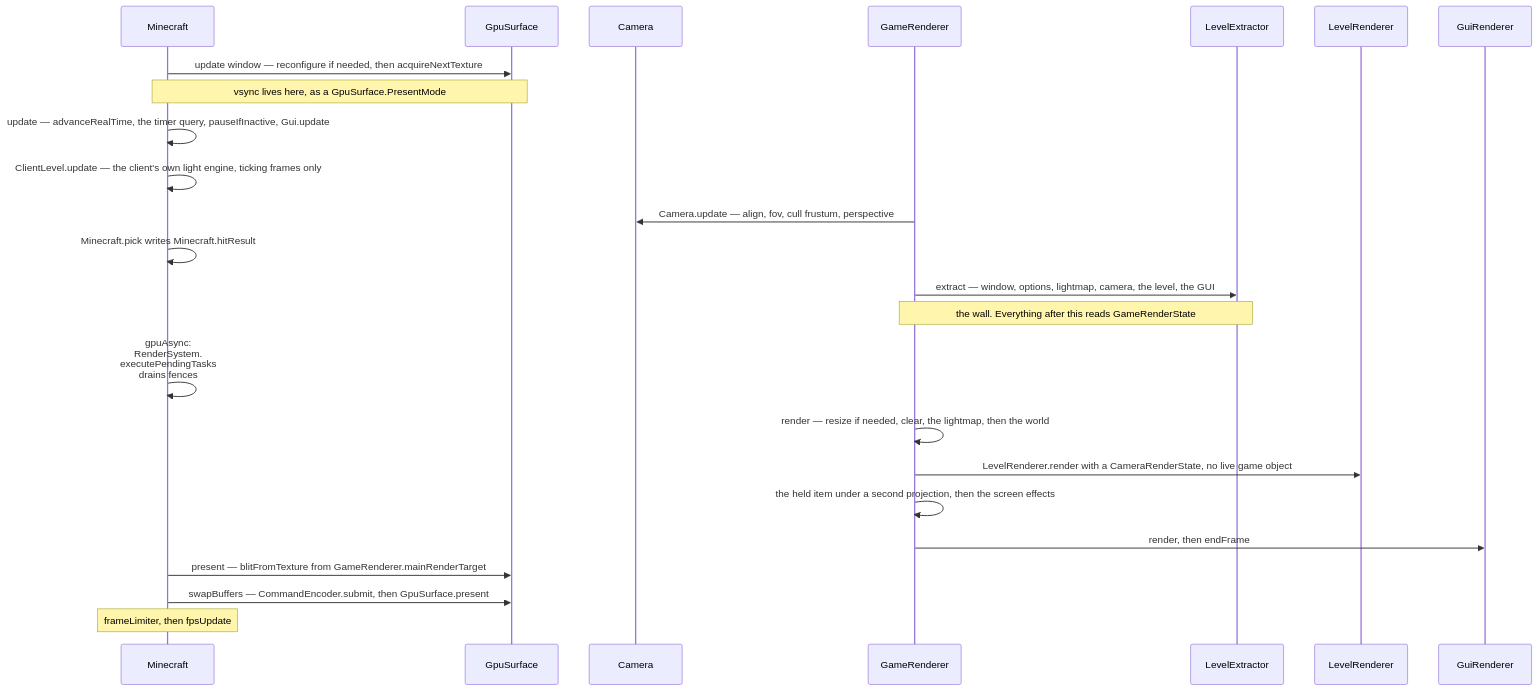
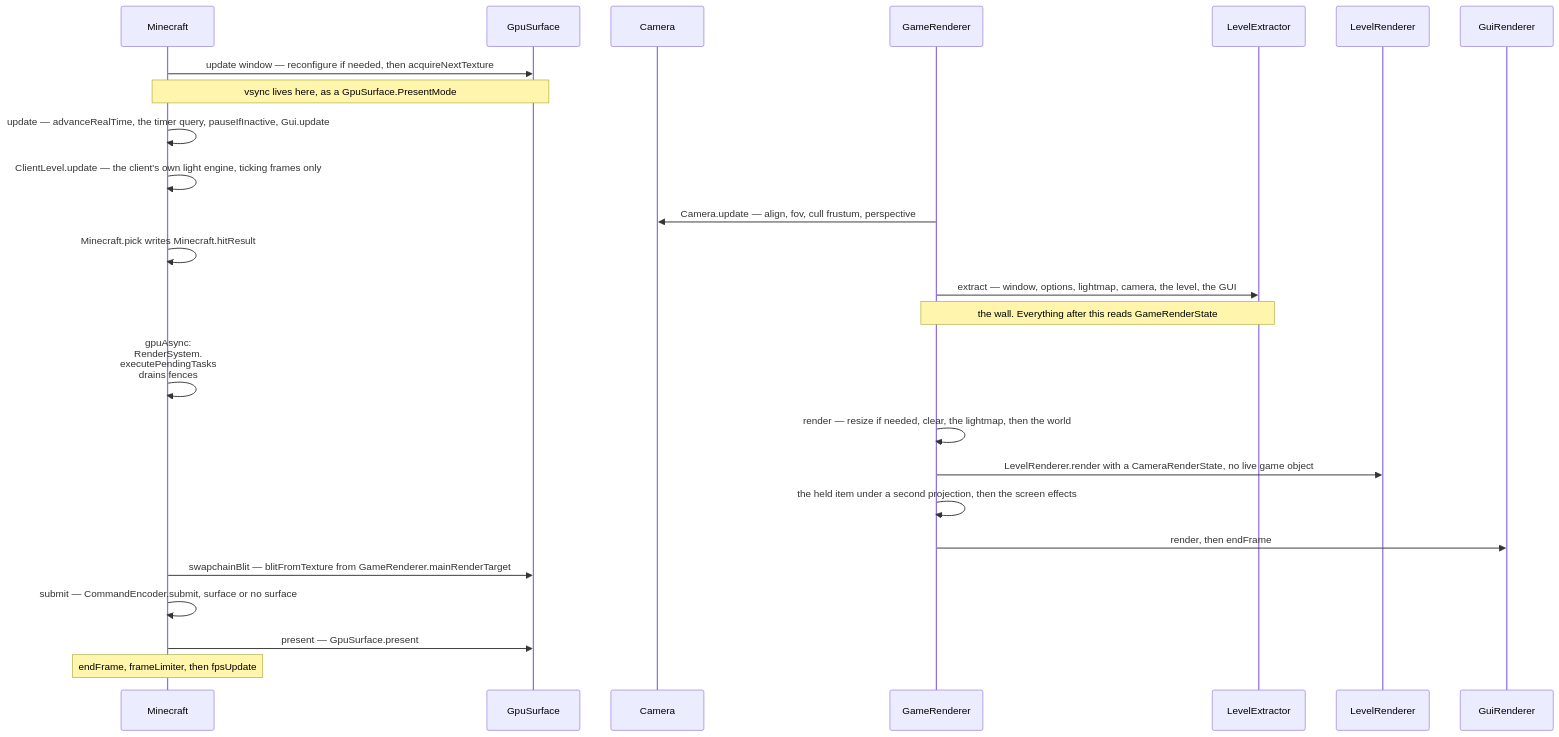
Before and after one commit to AlexanderjFraser/MinecraftDocs: the diagram in src/systems/rendering/the-frame.md, drawn with Mermaid. The commit also changed other lines of this file and 68 other files, not shown here.

````diff
--- a/src/systems/rendering/the-frame.md
+++ b/src/systems/rendering/the-frame.md
@@ -62,27 +63,28 @@
 ```mermaid
 sequenceDiagram
     participant MC as Minecraft
     participant GpuS as GpuSurface
     participant Camera as Camera
     participant GR as GameRenderer
     participant LX as LevelExtractor
     participant LR as LevelRenderer
     participant GuiR as GuiRenderer
 
     MC->>GpuS: update window — reconfigure if needed, then acquireNextTexture
     Note over MC,GpuS: vsync lives here, as a GpuSurface.PresentMode
     MC->>MC: update — advanceRealTime, the timer query, pauseIfInactive, Gui.update
     MC->>MC: ClientLevel.update — the client's own light engine, ticking frames only
     GR->>Camera: Camera.update — align, fov, cull frustum, perspective
     MC->>MC: Minecraft.pick writes Minecraft.hitResult
     GR->>LX: extract — window, options, lightmap, camera, the level, the GUI
     Note over GR,LX: the wall. Everything after this reads GameRenderState
     MC->>MC: gpuAsync:<br/>RenderSystem.<br/>executePendingTasks<br/>drains fences
     GR->>GR: render — resize if needed, clear, the lightmap, then the world
     GR->>LR: LevelRenderer.render with a CameraRenderState, no live game object
     GR->>GR: the held item under a second projection, then the screen effects
     GR->>GuiR: render, then endFrame
-    MC->>GpuS: present — blitFromTexture from GameRenderer.mainRenderTarget
-    MC->>GpuS: swapBuffers — CommandEncoder.submit, then GpuSurface.present
-    Note over MC: frameLimiter, then fpsUpdate
+    MC->>GpuS: swapchainBlit — blitFromTexture from GameRenderer.mainRenderTarget
+    MC->>MC: submit — CommandEncoder.submit, surface or no surface
+    MC->>GpuS: present — GpuSurface.present
+    Note over MC: endFrame, frameLimiter, then fpsUpdate
 ```
````
